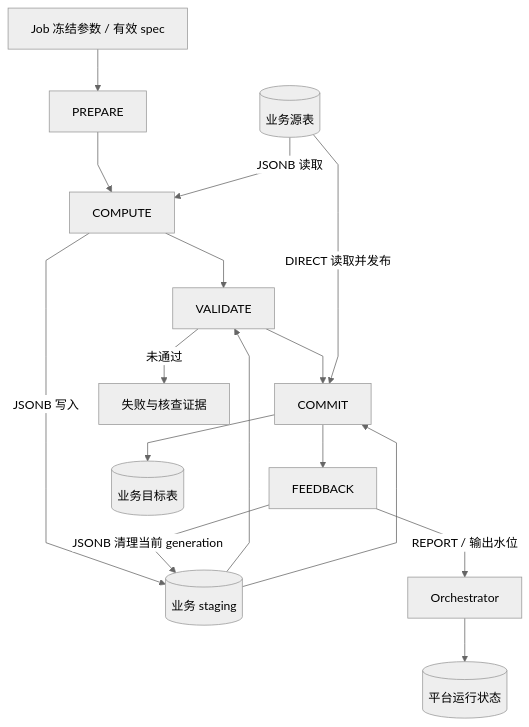
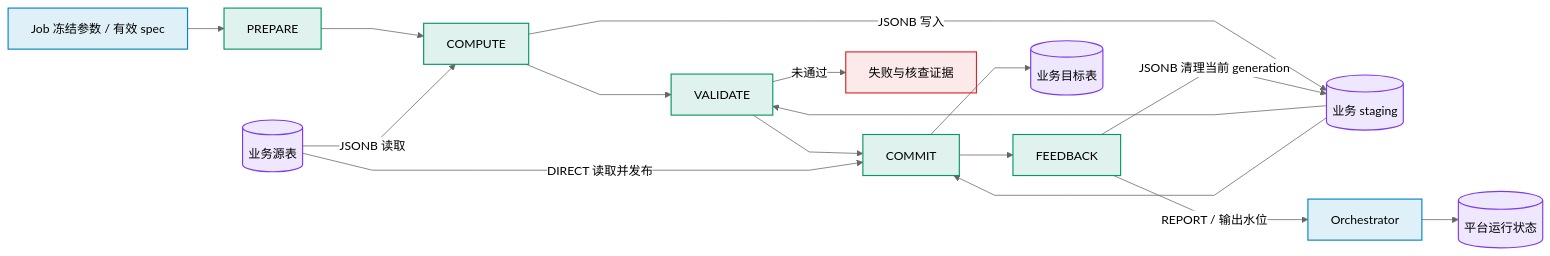
One commit to pinpols/file-batch-system changed diagram 23 of 23 in docs/architecture/system-flow-overview.md. Above: the diagram before and after it, drawn with Mermaid (neutral theme). The commit also changed other lines of this file and 11 other files, not shown here.

First line of the commit message:
docs(diagram): P2 文档图按图例统一并按源码核对状态机 (#1383)

````diff
--- a/docs/architecture/system-flow-overview.md
+++ b/docs/architecture/system-flow-overview.md
@@ -897,16 +950,27 @@
 ```mermaid
 %%{init: {"flowchart":{"curve":"linear","nodeSpacing":32,"rankSpacing":48},"sequence":{"mirrorActors":false}}}%%
-flowchart TB
-  CFG["Job 冻结参数 / 有效 spec"] --> A["PREPARE"]
-  A --> B["COMPUTE"] --> C["VALIDATE"] --> D["COMMIT"] --> E["FEEDBACK"]
-  SRC[("业务源表")] -->|"JSONB 读取"| B
-  B -->|"JSONB 写入"| ST[("业务 staging")]
+flowchart LR
+  CFG["Job 冻结参数 / 有效 spec"]:::control --> A["PREPARE"]:::worker
+  A --> B["COMPUTE"]:::worker --> C["VALIDATE"]:::worker --> D["COMMIT"]:::worker --> E["FEEDBACK"]:::worker
+  SRC[("业务源表")]:::store -->|"JSONB 读取"| B
+  B -->|"JSONB 写入"| ST[("业务 staging")]:::store
   ST --> C
   ST --> D
   SRC -->|"DIRECT 读取并发布"| D
-  D --> TGT[("业务目标表")]
-  C -->|"未通过"| F["失败与核查证据"]
-  E -->|"REPORT / 输出水位"| O["Orchestrator"]
-  O --> STATE[("平台运行状态")]
+  D --> TGT[("业务目标表")]:::store
+  C -->|"未通过"| F["失败与核查证据"]:::fail
+  E -->|"REPORT / 输出水位"| O["Orchestrator"]:::control
+  O --> STATE[("平台运行状态")]:::store
   E -->|"JSONB 清理当前 generation"| ST
+  classDef entry fill:#6366f11f,stroke:#6366f1,stroke-width:1.5px
+  classDef control fill:#0284c71f,stroke:#0284c7,stroke-width:1.5px
+  classDef mq fill:#d977061f,stroke:#d97706,stroke-width:1.5px
+  classDef worker fill:#0596691f,stroke:#059669,stroke-width:1.5px
+  classDef store fill:#7c3aed1f,stroke:#7c3aed,stroke-width:1.5px
+  classDef ext fill:#64748b14,stroke:#64748b,stroke-width:1.2px,stroke-dasharray:4 3
+  classDef lib fill:#64748b14,stroke:#64748b,stroke-width:1.2px
+  classDef ok fill:#0596691f,stroke:#059669,stroke-width:1.5px
+  classDef fail fill:#dc26261a,stroke:#dc2626,stroke-width:1.5px
+  classDef wait fill:#d977061a,stroke:#d97706,stroke-width:1.5px
+  classDef muted fill:#64748b14,stroke:#64748b,stroke-width:1.2px,stroke-dasharray:4 3
 ```
````
